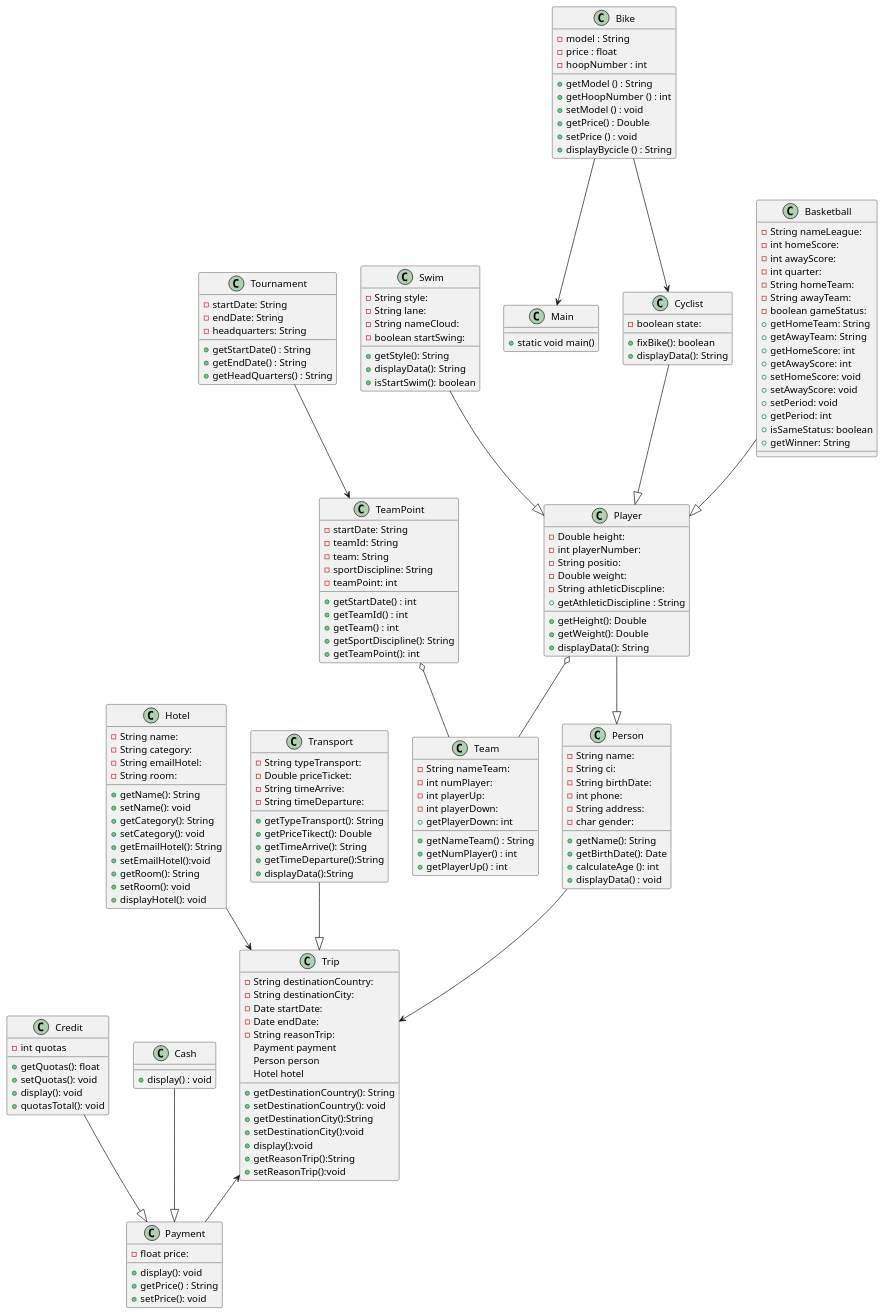
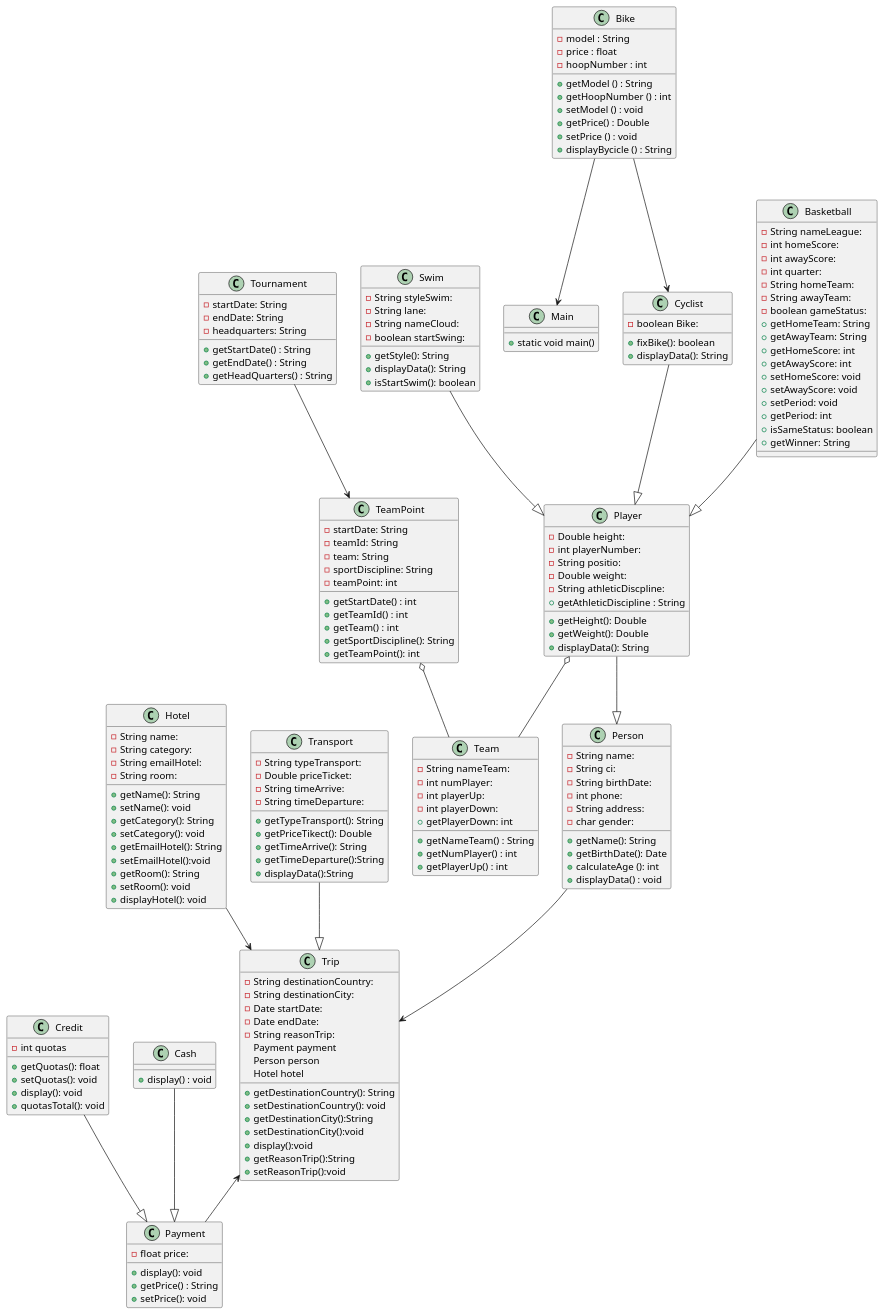
The diagram in src/Team2UML.puml (LuisVillaVa/ProjectUMLTeam2), drawn with PlantUML before and after one commit. The commit also changed 29 other files, not shown here.

```diff
--- a/src/Team2UML.puml
+++ b/src/Team2UML.puml
@@ -15,7 +15,6 @@
 
 
 }
-
 
 class Payment{
   - float price:
@@ -103,7 +102,7 @@
 }
 Class Swim
 {
-    - String style:
+    - String styleSwim:
     - String lane:
     - String nameCloud:
     - boolean startSwing:
@@ -113,7 +112,7 @@
 }
 Class Cyclist
 {
-    - boolean state:
+    - boolean Bike:
     + fixBike(): boolean
     + displayData(): String
 }
```
